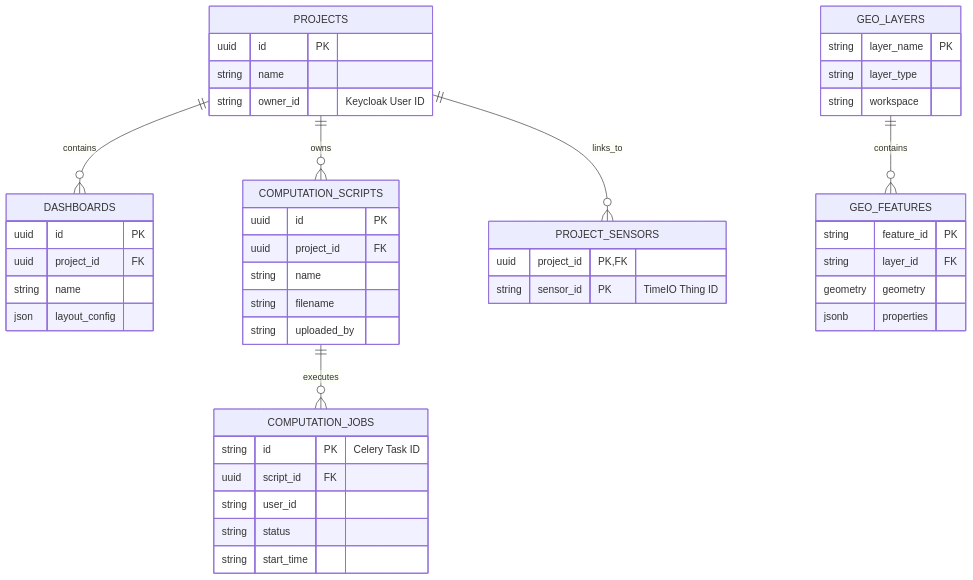
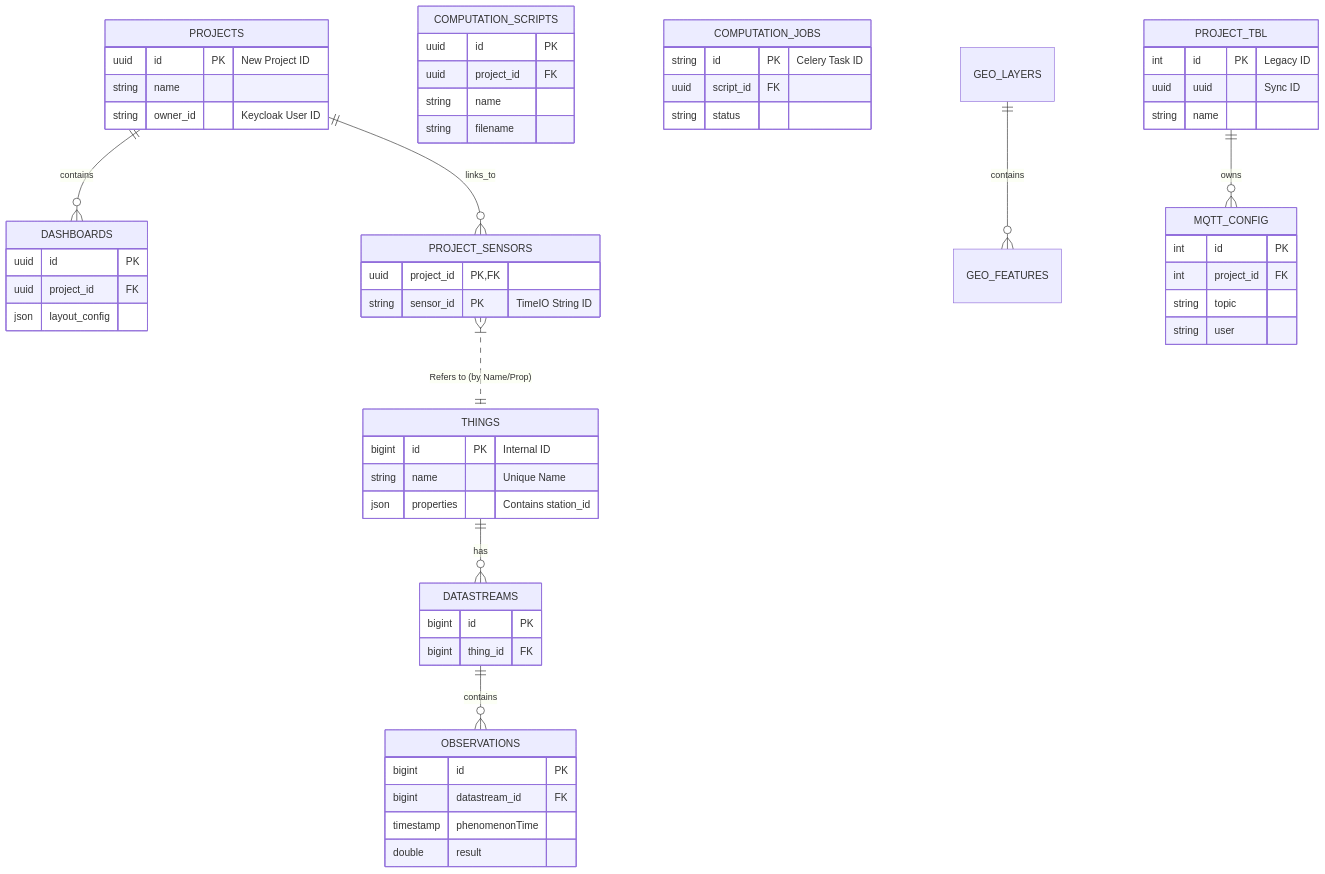
Before and after one commit to Siki-ux/water_dp: the first of 2 diagrams in README.md, drawn with Mermaid. The commit also changed other lines of this file and 28 other files, not shown here.

First line of the commit message:
Feat/architecture rework (#16)

````diff
--- a/README.md
+++ b/README.md
@@ -102,8 +120,8 @@
 ```mermaid
 erDiagram
-    %% User Context
+    %% --- Domain: Water DP (Application) ---
     PROJECTS {
-        uuid id PK
+        uuid id PK "New Project ID"
         string name
         string owner_id "Keycloak User ID"
     }
@@ -111,7 +129,6 @@
     DASHBOARDS {
         uuid id PK
         uuid project_id FK
-        string name
         json layout_config
     }
     
@@ -120,42 +137,67 @@
         uuid project_id FK
         string name
         string filename
-        string uploaded_by
     }
 
     COMPUTATION_JOBS {
         string id PK "Celery Task ID"
         uuid script_id FK
-        string user_id
         string status
-        string start_time
+    }
+    
+    PROJECT_SENSORS {
+        uuid project_id PK, FK
+        string sensor_id PK "TimeIO String ID"
     }
 
-    PROJECT_SENSORS {
-        uuid project_id PK, FK
-        string sensor_id PK "TimeIO Thing ID"
+    GEO_LAYERS ||--o{ GEO_FEATURES : contains
+
+    %% --- Domain: Thing Management (Ingestion) ---
+    PROJECT_TBL {
+        int id PK "Legacy ID"
+        uuid uuid "Sync ID"
+        string name
+    }
+    
+    MQTT_CONFIG {
+        int id PK
+        int project_id FK
+        string topic
+        string user
     }
 
-    %% Geospatial
-    GEO_LAYERS {
-        string layer_name PK
-        string layer_type
-        string workspace
+    %% --- Domain: TimeIO / OGC (Data) ---
+    THINGS {
+        bigint id PK "Internal ID"
+        string name "Unique Name"
+        json properties "Contains station_id"
+    }
+    
+    DATASTREAMS {
+        bigint id PK
+        bigint thing_id FK
+    }
+    
+    OBSERVATIONS {
+        bigint id PK
+        bigint datastream_id FK
+        timestamp phenomenonTime
+        double result
     }
 
-    GEO_FEATURES {
-        string feature_id PK
-        string layer_id FK
-        geometry geometry
-        jsonb properties
-    }
-
-    %% Relationships
+    %% --- Relationships ---
+    
+    %% App User Context
     PROJECTS ||--o{ DASHBOARDS : contains
-    PROJECTS ||--o{ COMPUTATION_SCRIPTS : owns
     PROJECTS ||--o{ PROJECT_SENSORS : links_to
     
-    COMPUTATION_SCRIPTS ||--o{ COMPUTATION_JOBS : executes
+    %% Logical Link: App -> TimeIO
+    PROJECT_SENSORS }|..|| THINGS : "Refers to (by Name/Prop)"
 
-    GEO_LAYERS ||--o{ GEO_FEATURES : contains
+    %% Ingestion Config
+    PROJECT_TBL ||--o{ MQTT_CONFIG : owns
+
+    %% OGC Hierarchy
+    THINGS ||--o{ DATASTREAMS : has
+    DATASTREAMS ||--o{ OBSERVATIONS : contains
 ```
````
